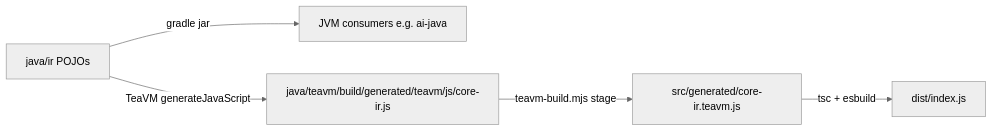
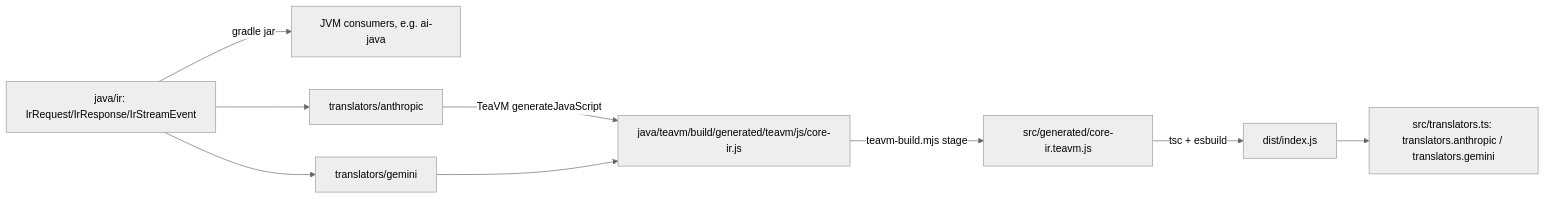
Before and after one commit to intisy-ai/core-ir: the diagram in README.md, drawn with Mermaid (neutral theme). The commit also changed other lines of this file and 14 other files, not shown here.

First line of the commit message:
T2.5/T3 wrap-up: TeaVM-export both translators, TS API, IrUsage reasoning/total tokens

````diff
--- a/README.md
+++ b/README.md
@@ -15,7 +19,11 @@
 ```mermaid
 flowchart LR
-  J[java/ir POJOs] -->|gradle jar| JVM[JVM consumers e.g. ai-java]
-  J -->|TeaVM generateJavaScript| G[java/teavm/build/generated/teavm/js/core-ir.js]
-  G -->|teavm-build.mjs stage| S[src/generated/core-ir.teavm.js]
-  S -->|tsc + esbuild| D[dist/index.js]
+  IR[java/ir: IrRequest/IrResponse/IrStreamEvent] -->|gradle jar| JVM[JVM consumers, e.g. ai-java]
+  IR --> ANT[translators/anthropic]
+  IR --> GEM[translators/gemini]
+  ANT -->|TeaVM generateJavaScript| GEN[java/teavm/build/generated/teavm/js/core-ir.js]
+  GEM --> GEN
+  GEN -->|teavm-build.mjs stage| STAGED[src/generated/core-ir.teavm.js]
+  STAGED -->|tsc + esbuild| DIST[dist/index.js]
+  DIST --> API["src/translators.ts: translators.anthropic / translators.gemini"]
 ```
````
